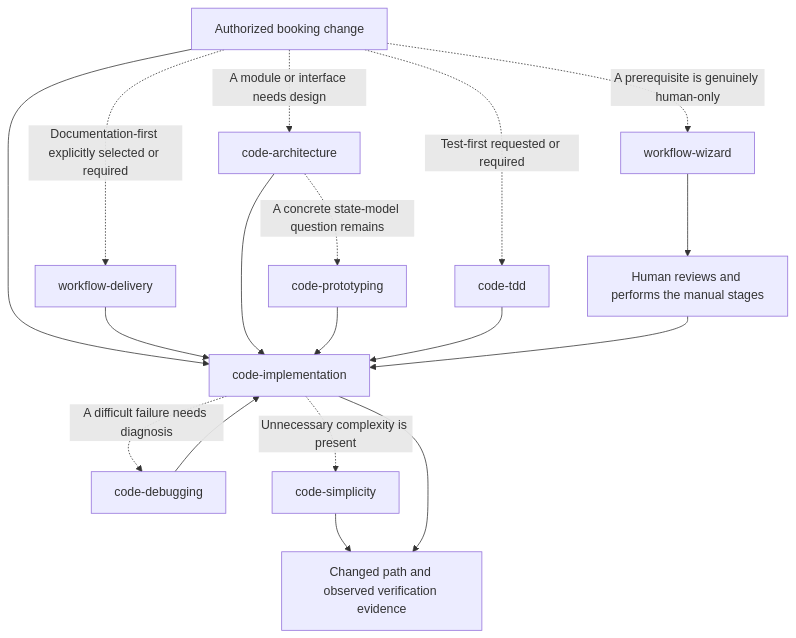
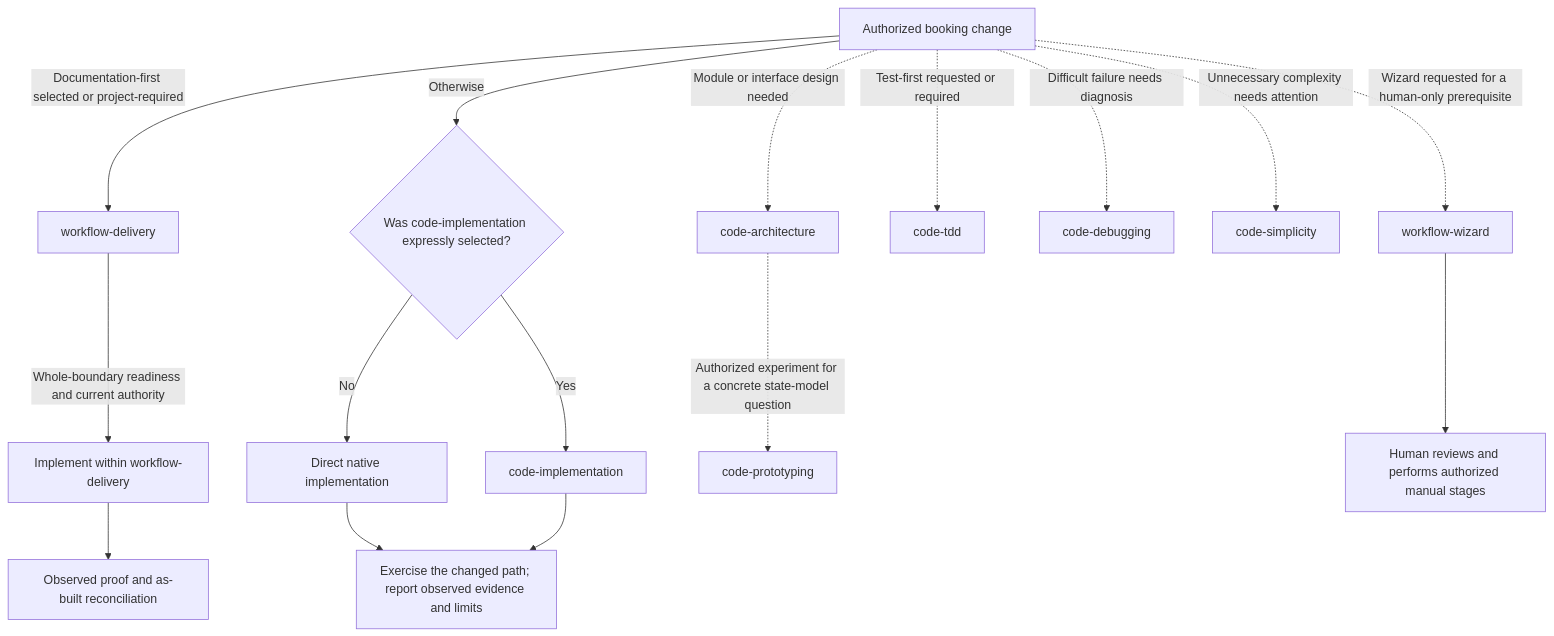
One commit to rizariaputrawira/KitShift changed the second of 5 diagrams in SKILL-USAGE.md. Above: the diagram before and after it, drawn with Mermaid. The commit also changed other lines of this file, not shown here.

Commit message:
docs: correct skill usage flowcharts

````diff
--- a/SKILL-USAGE.md
+++ b/SKILL-USAGE.md
@@ -113,20 +108,19 @@
 ```mermaid
 flowchart TD
-    B0["Authorized booking change"] --> B1["code-implementation"]
-    B0 -. "Documentation-first explicitly selected or required" .-> B2["workflow-delivery"]
-    B2 --> B1
-    B0 -. "A module or interface needs design" .-> B3["code-architecture"]
-    B3 -. "A concrete state-model question remains" .-> B4["code-prototyping"]
-    B3 --> B1
-    B4 --> B1
+    B0["Authorized booking change"]
+    B0 -->|"Documentation-first selected or project-required"| B2["workflow-delivery"]
+    B2 -->|"Whole-boundary readiness and current authority"| B13["Implement within workflow-delivery"]
+    B13 --> B14["Observed proof and as-built reconciliation"]
+    B0 -->|"Otherwise"| B11{"Was code-implementation expressly selected?"}
+    B11 -->|"No"| B12["Direct native implementation"]
+    B11 -->|"Yes"| B1["code-implementation"]
+    B12 --> B8["Exercise the changed path; report observed evidence and limits"]
+    B1 --> B8
+    B0 -. "Module or interface design needed" .-> B3["code-architecture"]
+    B3 -. "Authorized experiment for a concrete state-model question" .-> B4["code-prototyping"]
     B0 -. "Test-first requested or required" .-> B5["code-tdd"]
-    B5 --> B1
-    B1 -. "A difficult failure needs diagnosis" .-> B6["code-debugging"]
-    B6 --> B1
-    B1 -. "Unnecessary complexity is present" .-> B7["code-simplicity"]
-    B7 --> B8["Changed path and observed verification evidence"]
-    B1 --> B8
-    B0 -. "A prerequisite is genuinely human-only" .-> B9["workflow-wizard"]
-    B9 --> B10["Human reviews and performs the manual stages"]
-    B10 --> B1
+    B0 -. "Difficult failure needs diagnosis" .-> B6["code-debugging"]
+    B0 -. "Unnecessary complexity needs attention" .-> B7["code-simplicity"]
+    B0 -. "Wizard requested for a human-only prerequisite" .-> B9["workflow-wizard"]
+    B9 --> B10["Human reviews and performs authorized manual stages"]
 ```
````
